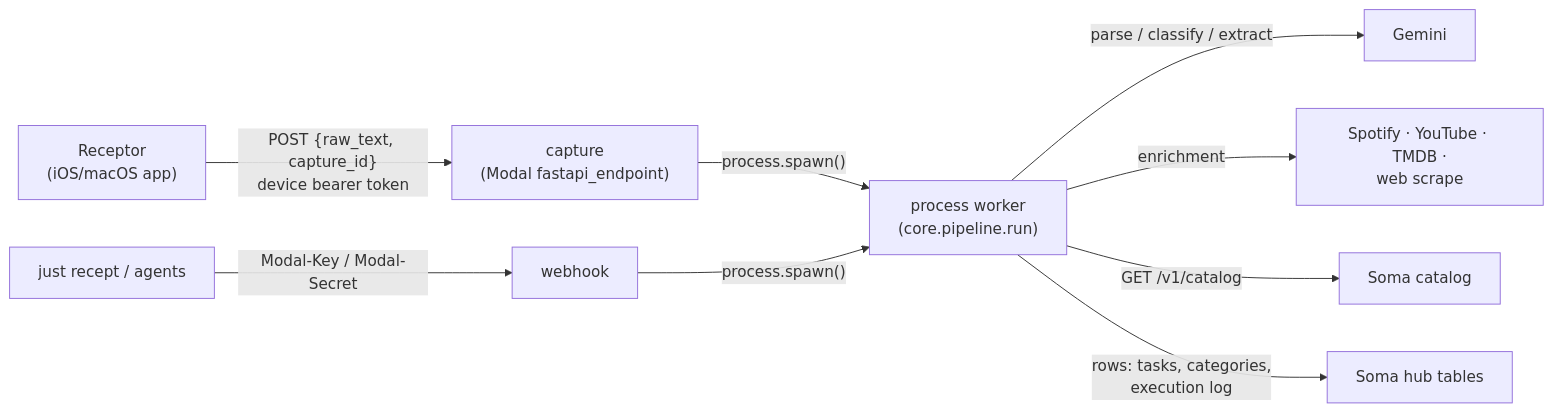
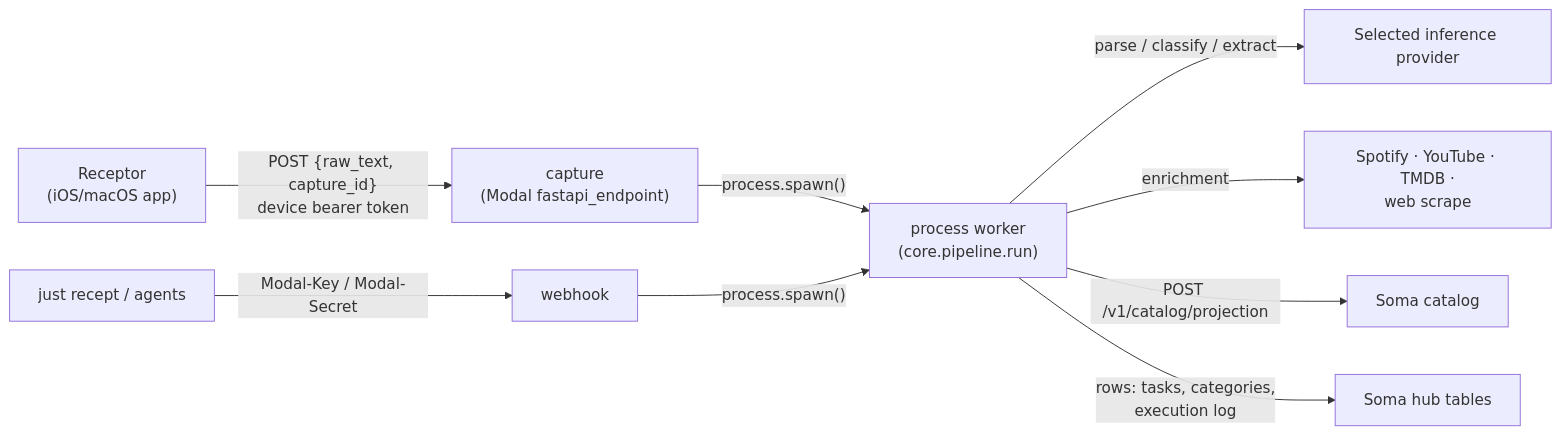
One commit to alexjmiller5/synapse changed the diagram in README.md. Above: the diagram before and after it, drawn with Mermaid. The commit also changed other lines of this file and 8 other files, not shown here.

````diff
--- a/README.md
+++ b/README.md
@@ -19,11 +19,11 @@
 ```mermaid
 flowchart LR
     R["Receptor<br/>(iOS/macOS app)"] -->|"POST {raw_text, capture_id}<br/>device bearer token"| C["capture<br/>(Modal fastapi_endpoint)"]
     O["just recept / agents"] -->|"Modal-Key / Modal-Secret"| W["webhook"]
     C -->|"process.spawn()"| P["process worker<br/>(core.pipeline.run)"]
     W -->|"process.spawn()"| P
-    P -->|"parse / classify / extract"| G["Gemini"]
+    P -->|"parse / classify / extract"| G["Selected inference provider"]
     P -->|"enrichment"| X["Spotify · YouTube · TMDB ·<br/>web scrape"]
-    P -->|"GET /v1/catalog"| K["Soma catalog"]
+    P -->|"POST /v1/catalog/projection"| K["Soma catalog"]
     P -->|"rows: tasks, categories,<br/>execution log"| H["Soma hub tables"]
 ```
````
